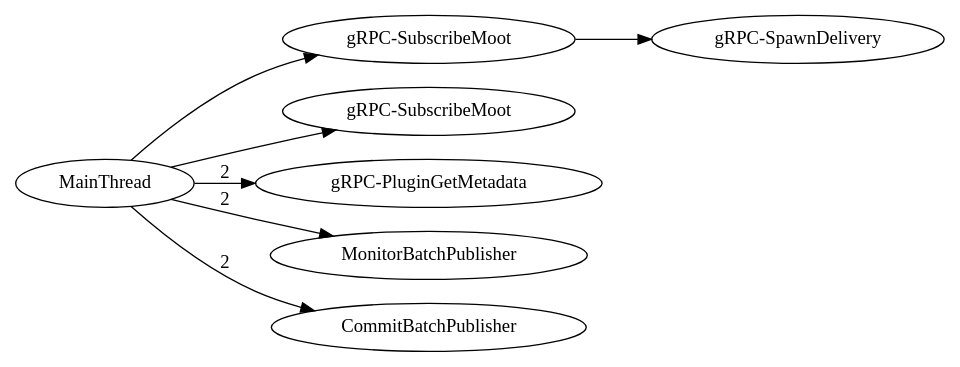
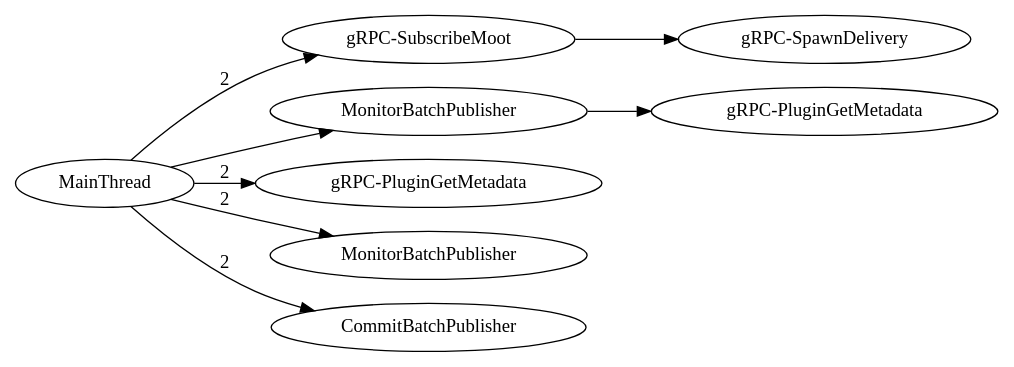
Before and after one commit to dhermes/google-cloud-pubsub-performance: the diagram in publish-many/0.29.4.dot, drawn with Graphviz. The commit also changed 4 other files, not shown here.

```diff
--- a/publish-many/0.29.4.dot
+++ b/publish-many/0.29.4.dot
@@ -1,33 +1,38 @@
 digraph G {
 rankdir=LR;
+subgraph  {
+subgraph  {
+}
+
+"Thread-gRPC-SubscribeMoot" -> "Thread-gRPC-SpawnDelivery";
+}
+
 subgraph  {
 }
 
 subgraph  {
 subgraph  {
 }
 
-"Thread-gRPC-SubscribeMoot+" -> "Thread-gRPC-SpawnDelivery";
+"Thread-MonitorBatchPublisher" -> "Thread-gRPC-PluginGetMetadata+";
 }
 
 subgraph  {
 }
 
 subgraph  {
 }
 
-subgraph  {
+MainThread -> "Thread-gRPC-SubscribeMoot"  [label=2];
+MainThread -> "Thread-gRPC-PluginGetMetadata"  [label=2];
+MainThread -> "Thread-MonitorBatchPublisher";
+MainThread -> "Thread-MonitorBatchPublisher+"  [label=2];
+MainThread -> "Thread-CommitBatchPublisher"  [label=2];
+"Thread-gRPC-SubscribeMoot" [label="gRPC-SubscribeMoot"];
+"Thread-CommitBatchPublisher" [label=CommitBatchPublisher];
+"Thread-MonitorBatchPublisher" [label=MonitorBatchPublisher];
+"Thread-MonitorBatchPublisher+" [label=MonitorBatchPublisher];
+"Thread-gRPC-SpawnDelivery" [label="gRPC-SpawnDelivery"];
+"Thread-gRPC-PluginGetMetadata" [label="gRPC-PluginGetMetadata"];
+"Thread-gRPC-PluginGetMetadata+" [label="gRPC-PluginGetMetadata"];
 }
-
-MainThread -> "Thread-gRPC-SubscribeMoot";
-MainThread -> "Thread-gRPC-SubscribeMoot+";
-MainThread -> "Thread-gRPC-PluginGetMetadata"  [label=2];
-MainThread -> "Thread-MonitorBatchPublisher"  [label=2];
-MainThread -> "Thread-CommitBatchPublisher"  [label=2];
-"Thread-gRPC-PluginGetMetadata" [label="gRPC-PluginGetMetadata"];
-"Thread-gRPC-SpawnDelivery" [label="gRPC-SpawnDelivery"];
-"Thread-MonitorBatchPublisher" [label=MonitorBatchPublisher];
-"Thread-CommitBatchPublisher" [label=CommitBatchPublisher];
-"Thread-gRPC-SubscribeMoot+" [label="gRPC-SubscribeMoot"];
-"Thread-gRPC-SubscribeMoot" [label="gRPC-SubscribeMoot"];
-}
```
